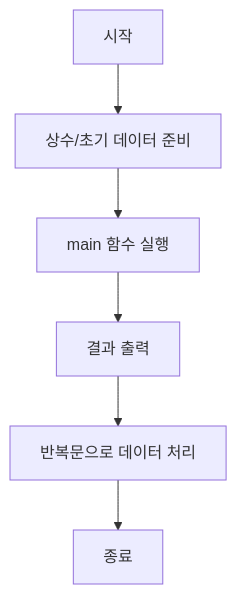
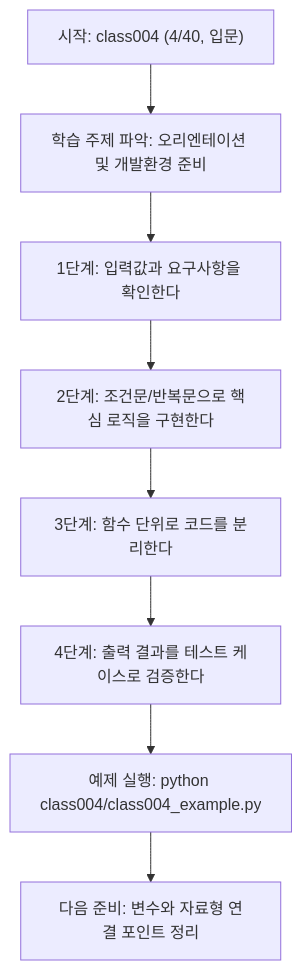
The diagram in class004/class004.md (edumgt/Python-AI_Agent-Class), drawn with Mermaid before and after one commit. The commit also changed other lines of this file and 1012 other files, not shown here.

````diff
--- a/class004/class004.md
+++ b/class004/class004.md
@@ -63,9 +81,18 @@
 ```mermaid
-graph TD
-    N1[시작]
-    N1 --> N2[상수/초기 데이터 준비]
-    N2 --> N3[main 함수 실행]
-    N3 --> N4[결과 출력]
-    N4 --> N5[반복문으로 데이터 처리]
-    N5 --> N6[종료]
+flowchart TD
+N1["시작: class004 (4/40, 입문)"]
+N2["학습 주제 파악: 오리엔테이션 및 개발환경 준비"]
+N3["1단계: 입력값과 요구사항을 확인한다"]
+N4["2단계: 조건문/반복문으로 핵심 로직을 구현한다"]
+N5["3단계: 함수 단위로 코드를 분리한다"]
+N6["4단계: 출력 결과를 테스트 케이스로 검증한다"]
+N7["예제 실행: python class004/class004_example.py"]
+N8["다음 준비: 변수와 자료형 연결 포인트 정리"]
+N1 --> N2
+N2 --> N3
+N3 --> N4
+N4 --> N5
+N5 --> N6
+N6 --> N7
+N7 --> N8
 ```
````
